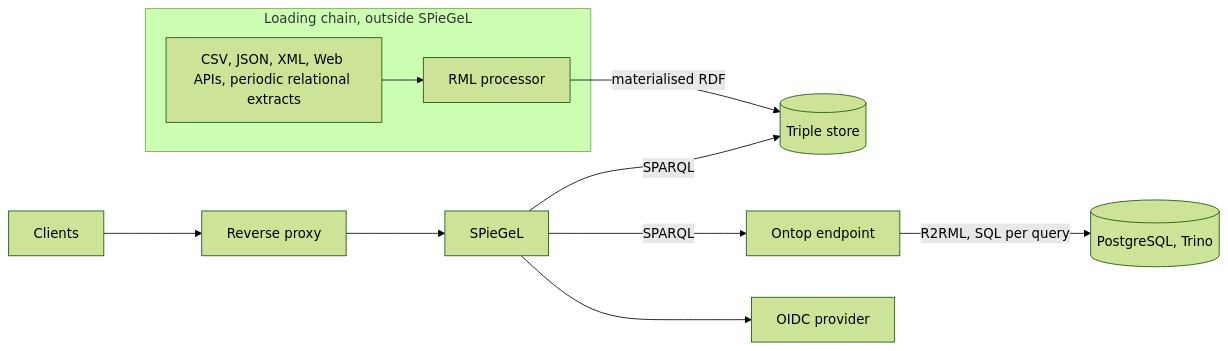
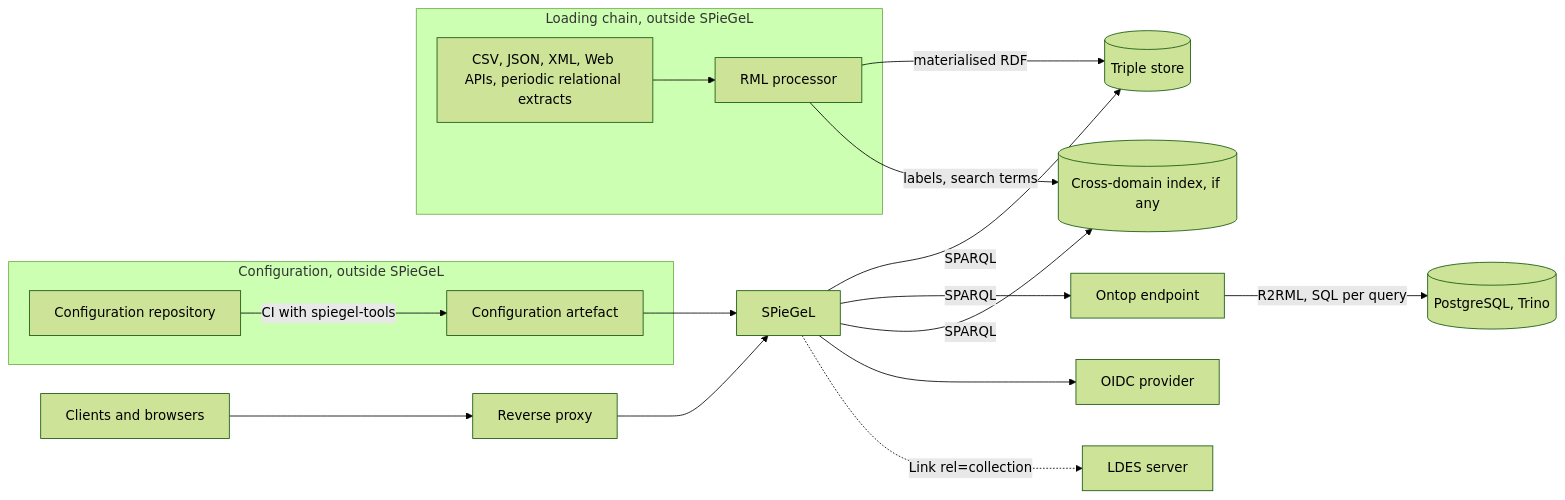
The first of 2 diagrams in docs/analysis/05-architecture/hexagonal-design.md (milieuinfo/SPieGeL), drawn with Mermaid (forest theme) before and after one commit. The commit also changed other lines of this file and 6 other files, not shown here.

````diff
--- a/docs/analysis/05-architecture/hexagonal-design.md
+++ b/docs/analysis/05-architecture/hexagonal-design.md
@@ -12,12 +12,19 @@
 ```mermaid
 flowchart LR
-    CL[Clients] --> PX[Reverse proxy] --> S[SPieGeL]
+    CL[Clients and browsers] --> PX[Reverse proxy] --> S[SPieGeL]
     S -->|SPARQL| TS[(Triple store)]
     S -->|SPARQL| OT[Ontop endpoint]
     OT -->|R2RML, SQL per query| RDB[(PostgreSQL, Trino)]
+    S -->|SPARQL| CX[(Cross-domain index, if any)]
     S --> IDP[OIDC provider]
+    S -.->|Link rel=collection| LDES[LDES server]
+    subgraph cfg [Configuration, outside SPieGeL]
+        REPO[Configuration repository] -->|CI with spiegel-tools| ART[Configuration artefact]
+    end
+    ART --> S
     subgraph lc [Loading chain, outside SPieGeL]
         SRC[CSV, JSON, XML, Web APIs, periodic relational extracts] --> RML[RML processor]
     end
     RML -->|materialised RDF| TS
+    RML -->|labels, search terms| CX
 ```
````
